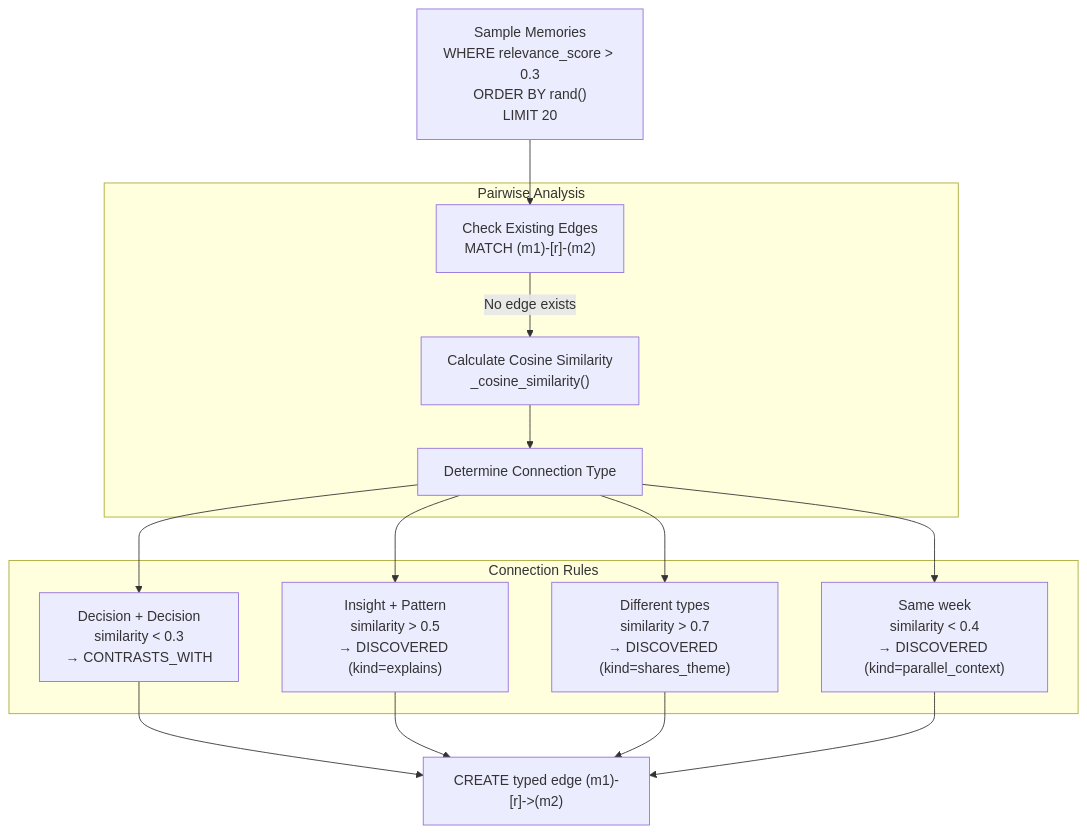
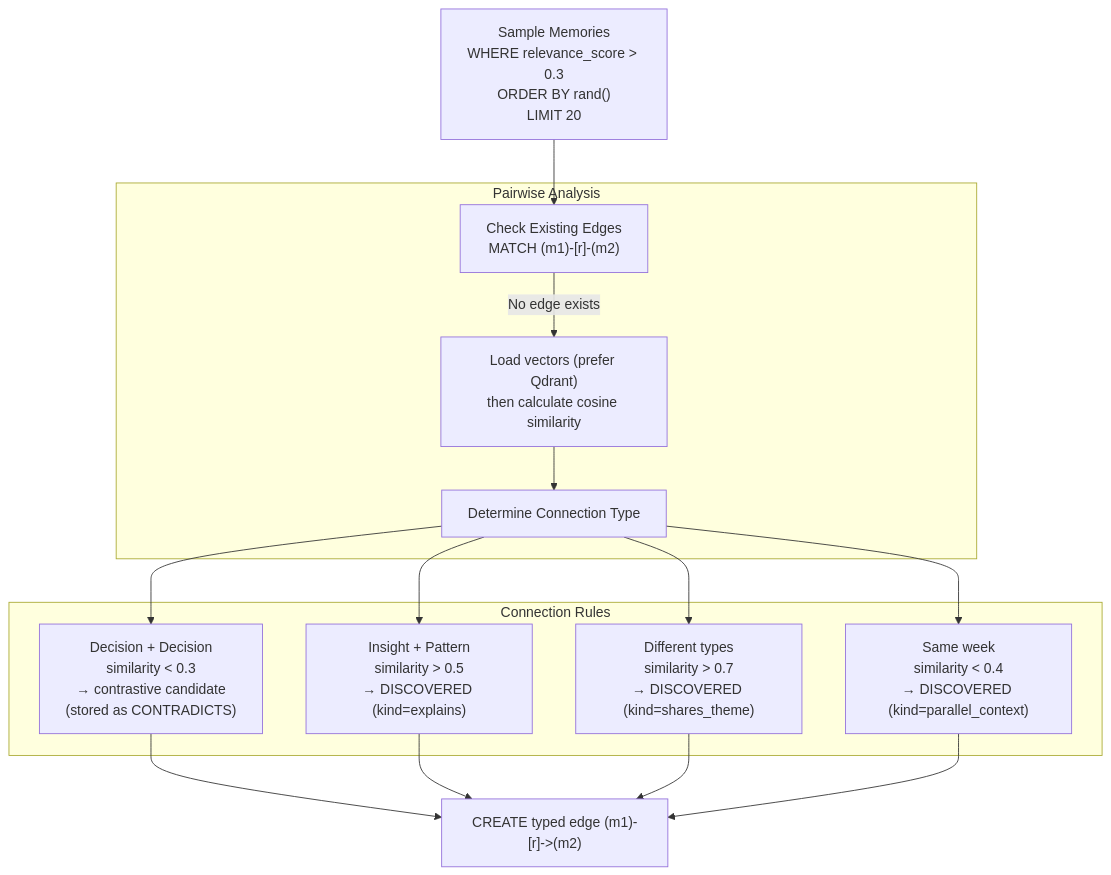
Before and after one commit to verygoodplugins/automem-website: the third of 5 diagrams in src/content/docs/docs/core-concepts/consolidation.md, drawn with Mermaid. The commit also changed other lines of this file and 21 other files, not shown here.

````diff
--- a/src/content/docs/docs/core-concepts/consolidation.md
+++ b/src/content/docs/docs/core-concepts/consolidation.md
@@ -181,30 +181,30 @@
 ```mermaid
 graph TB
     Sample["Sample Memories<br/>WHERE relevance_score > 0.3<br/>ORDER BY rand()<br/>LIMIT 20"]
 
     subgraph "Pairwise Analysis"
         Check["Check Existing Edges<br/>MATCH (m1)-[r]-(m2)"]
-        Similarity["Calculate Cosine Similarity<br/>_cosine_similarity()"]
+        Similarity["Load vectors (prefer Qdrant)<br/>then calculate cosine similarity"]
         Type["Determine Connection Type"]
     end
 
     subgraph "Connection Rules"
-        R1["Decision + Decision<br/>similarity < 0.3<br/>→ CONTRASTS_WITH"]
+        R1["Decision + Decision<br/>similarity < 0.3<br/>→ contrastive candidate<br/>(stored as CONTRADICTS)"]
         R2["Insight + Pattern<br/>similarity > 0.5<br/>→ DISCOVERED (kind=explains)"]
         R3["Different types<br/>similarity > 0.7<br/>→ DISCOVERED (kind=shares_theme)"]
         R4["Same week<br/>similarity < 0.4<br/>→ DISCOVERED (kind=parallel_context)"]
     end
 
     Sample --> Check
     Check -->|"No edge exists"| Similarity
     Similarity --> Type
     Type --> R1
     Type --> R2
     Type --> R3
     Type --> R4
 
     R1 --> Create["CREATE typed edge (m1)-[r]->(m2)"]
     R2 --> Create
     R3 --> Create
     R4 --> Create
 ```
````
